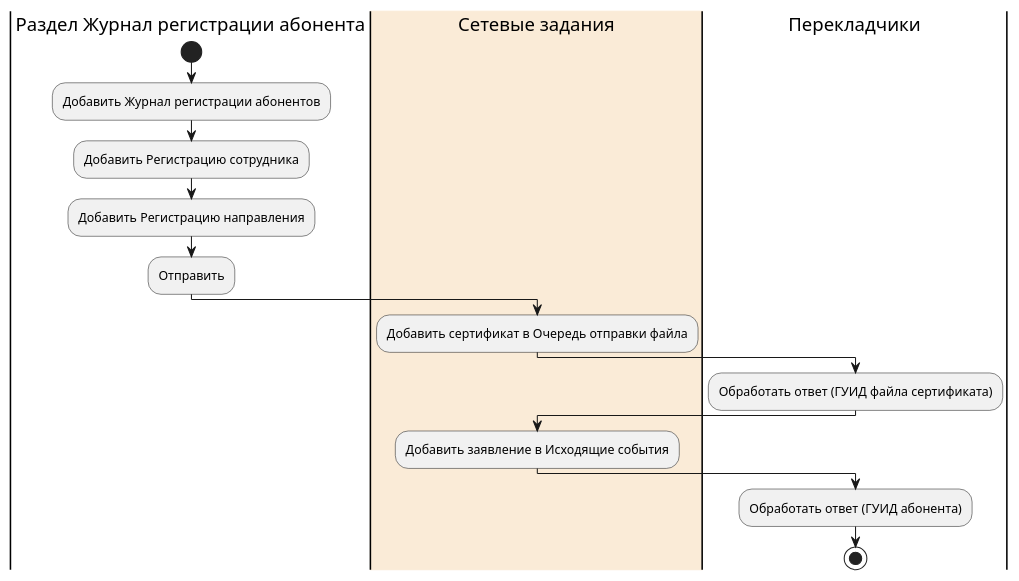
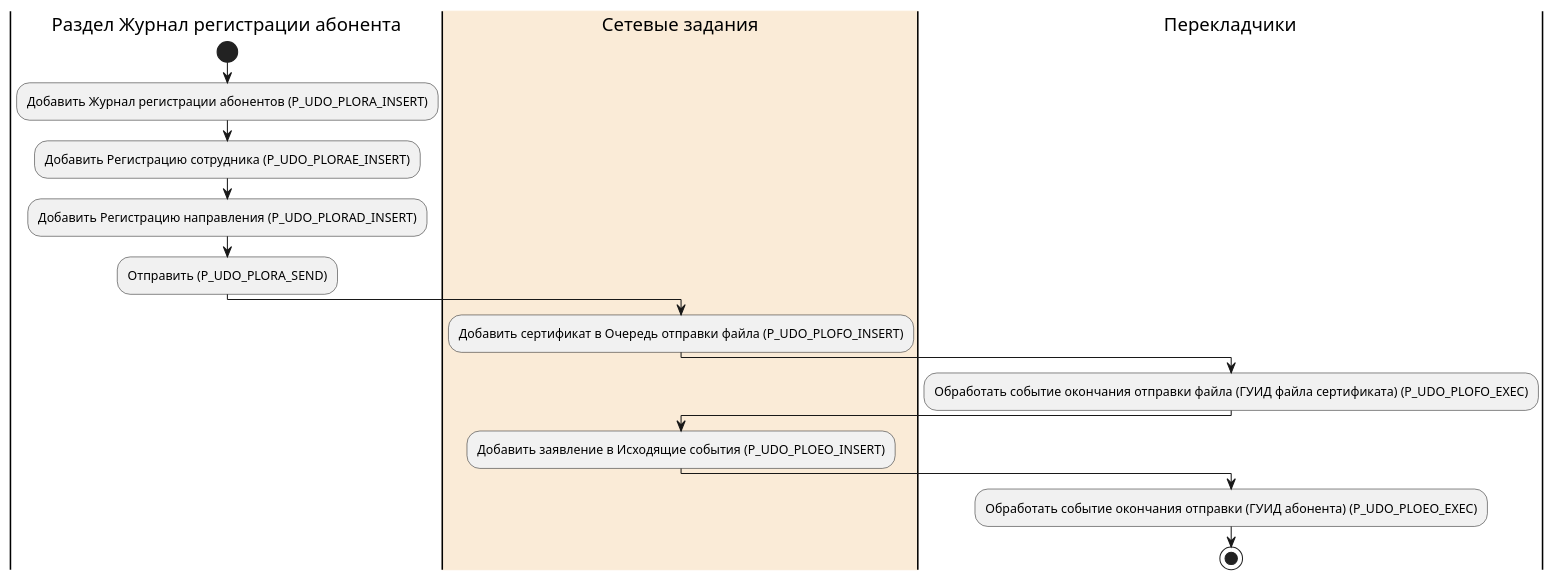
The diagram in udo_plora_activities.puml (citpb/platform-astral-schemes), drawn with PlantUML before and after one commit.

Commit message:
Update udo_plora_activities.puml
Добавлены латинские названия методов.

```diff
--- a/udo_plora_activities.puml
+++ b/udo_plora_activities.puml
@@ -1,17 +1,17 @@
 @startuml
 |Раздел Журнал регистрации абонента|
 start
-:Добавить Журнал регистрации абонентов;
-:Добавить Регистрацию сотрудника;
-:Добавить Регистрацию направления;
-:Отправить; 
+:Добавить Журнал регистрации абонентов (P_UDO_PLORA_INSERT);
+:Добавить Регистрацию сотрудника (P_UDO_PLORAE_INSERT);
+:Добавить Регистрацию направления (P_UDO_PLORAD_INSERT);
+:Отправить (P_UDO_PLORA_SEND); 
 |#AntiqueWhite|Сетевые задания|
-:Добавить сертификат в Очередь отправки файла;
+:Добавить сертификат в Очередь отправки файла (P_UDO_PLOFO_INSERT);
 |Перекладчики|
-:Обработать ответ (ГУИД файла сертификата);
+:Обработать событие окончания отправки файла (ГУИД файла сертификата) (P_UDO_PLOFO_EXEC);
 |Сетевые задания|
-:Добавить заявление в Исходящие события;
+:Добавить заявление в Исходящие события (P_UDO_PLOEO_INSERT);
 |Перекладчики|
-:Обработать ответ (ГУИД абонента);
+:Обработать событие окончания отправки (ГУИД абонента) (P_UDO_PLOEO_EXEC);
 stop
 @enduml
```
